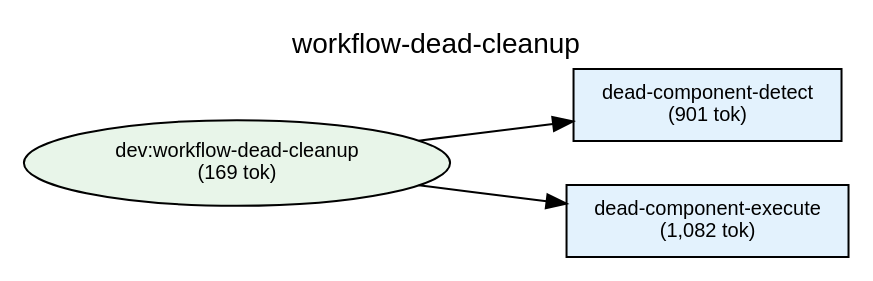
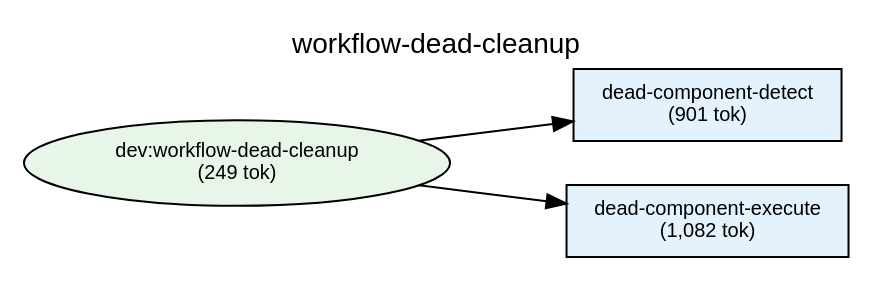
The diagram in plugins/dev/docs/deps-workflow-dead-cleanup.dot (shuu5/twill), drawn with Graphviz before and after one commit. The commit also changed 28 other files, not shown here.

```diff
--- a/plugins/dev/docs/deps-workflow-dead-cleanup.dot
+++ b/plugins/dev/docs/deps-workflow-dead-cleanup.dot
@@ -1,45 +1,45 @@
 digraph Dependencies {
     // Graph settings
     rankdir=LR;
     ranksep=0.8;
     nodesep=0.3;
     fontname="Helvetica";
     node [fontname="Helvetica", fontsize=10];
     edge [fontname="Helvetica", fontsize=9];
     label="workflow-dead-cleanup";
     labelloc=t;
     fontsize=14;
 
     // L0: Controller Skills
 
     // L0: Launchers
 
     // L0.5: Workflow Skills
-    skill_workflow_dead_cleanup [label="dev:workflow-dead-cleanup\n(169 tok)", shape=ellipse, style=filled, fillcolor="#e8f5e9"];
+    skill_workflow_dead_cleanup [label="dev:workflow-dead-cleanup\n(249 tok)", shape=ellipse, style=filled, fillcolor="#e8f5e9"];
 
     // Reference Skills
 
     // L1: Direct Commands
     cmd_dead_component_detect [label="dead-component-detect\n(901 tok)", shape=box, style=filled, fillcolor="#e3f2fd"];
     cmd_dead_component_execute [label="dead-component-execute\n(1,082 tok)", shape=box, style=filled, fillcolor="#e3f2fd"];
 
     // L2: Sub Commands
 
     // L3: Agents
 
     // L3.5: Scripts
 
     // L4: External
 
     // Layer constraints
     { rank=same; skill_workflow_dead_cleanup; }
     { rank=same; cmd_dead_component_detect; cmd_dead_component_execute; }
 
     // Edges
     skill_workflow_dead_cleanup -> cmd_dead_component_detect;
     skill_workflow_dead_cleanup -> cmd_dead_component_execute;
 
     // Ordering constraints (invisible edges)
     cmd_dead_component_detect -> cmd_dead_component_execute [style=invis, weight=10];
 
 }
```
